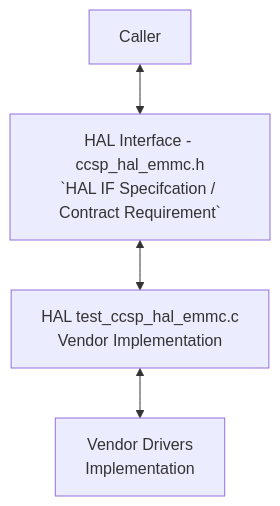
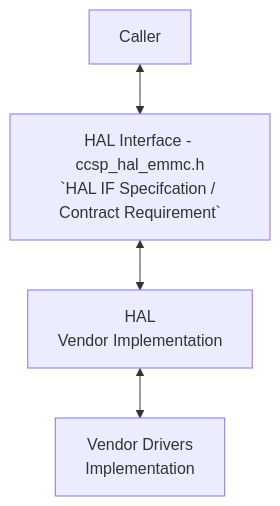
One commit to rdkcentral/rdkb-halif-emmc changed the first of 2 diagrams in docs/pages/eMMCHalSpec.md. Above: the diagram before and after it, drawn with Mermaid. The commit also changed other lines of this file, not shown here.

````diff
--- a/docs/pages/eMMCHalSpec.md
+++ b/docs/pages/eMMCHalSpec.md
@@ -11,6 +13,7 @@
 ```mermaid
+
 flowchart
     Caller <--> HALIF[HAL Interface - ccsp_hal_emmc.h\n`HAL IF Specifcation / Contract Requirement`]
-    HALIF <--> VendorWrapper[HAL test_ccsp_hal_emmc.c\nVendor Implementation]
+    HALIF <--> VendorWrapper[HAL\nVendor Implementation]
     VendorWrapper <--> VendorDrivers[Vendor Drivers\nImplementation]
 ```
````
